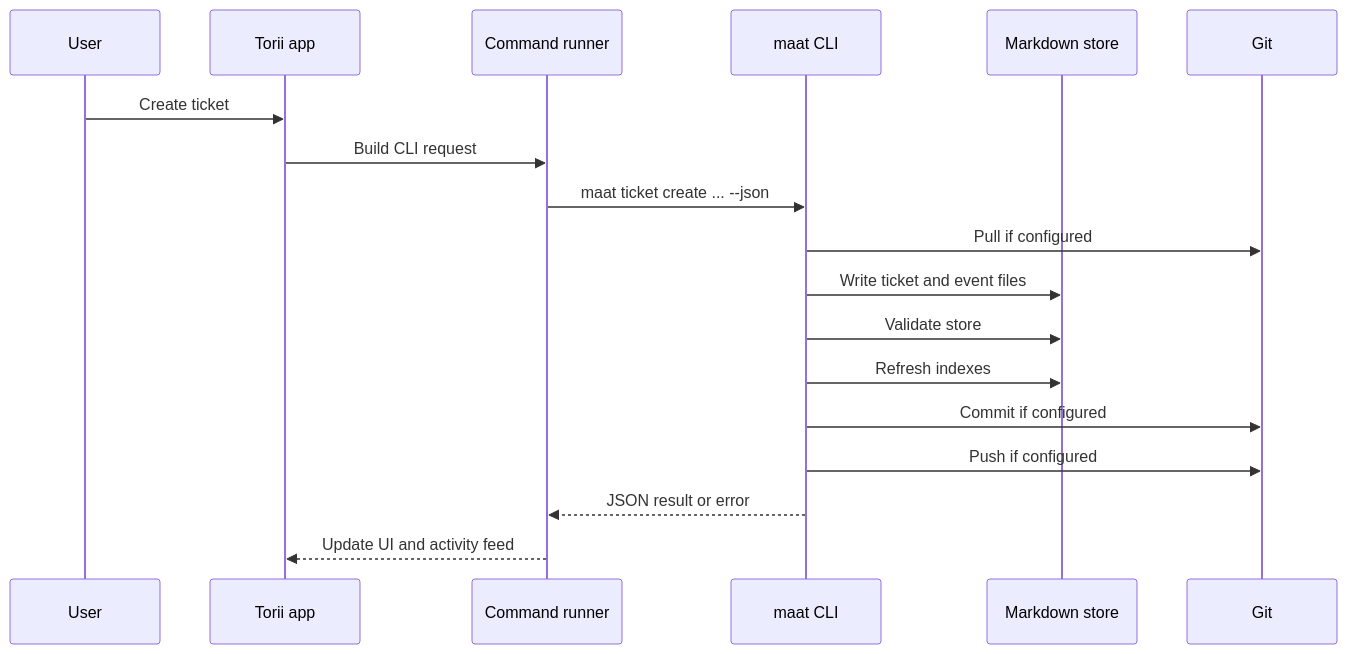
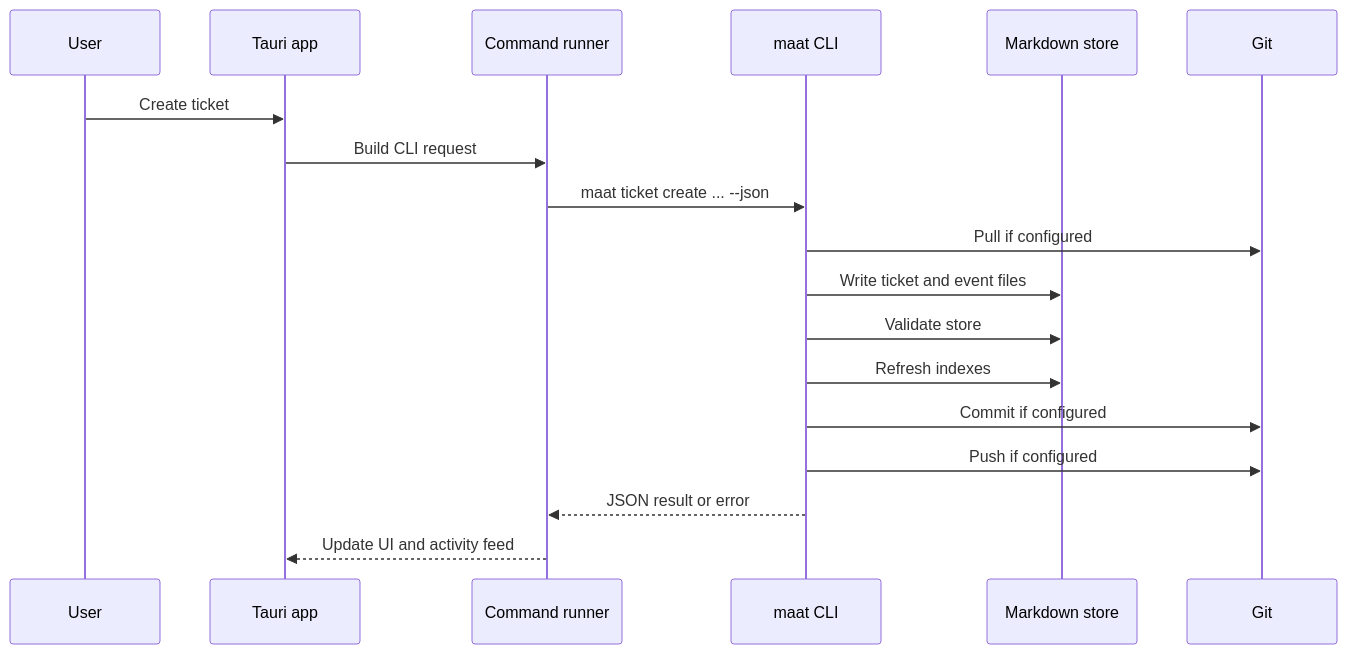
One commit to sunday-studio/maat changed the fourth of 5 diagrams in docs/macos-app-architecture.md. Above: the diagram before and after it, drawn with Mermaid. The commit also changed other lines of this file, not shown here.

Commit message:
docs(architecture): correct tauri app naming

````diff
--- a/docs/macos-app-architecture.md
+++ b/docs/macos-app-architecture.md
@@ -166,21 +166,21 @@
 ```mermaid
 sequenceDiagram
     participant User
-    participant App as Torii app
+    participant App as Tauri app
     participant Runner as Command runner
     participant CLI as maat CLI
     participant Store as Markdown store
     participant Git
 
     User->>App: Create ticket
     App->>Runner: Build CLI request
     Runner->>CLI: maat ticket create ... --json
     CLI->>Git: Pull if configured
     CLI->>Store: Write ticket and event files
     CLI->>Store: Validate store
     CLI->>Store: Refresh indexes
     CLI->>Git: Commit if configured
     CLI->>Git: Push if configured
     CLI-->>Runner: JSON result or error
     Runner-->>App: Update UI and activity feed
 ```
````
